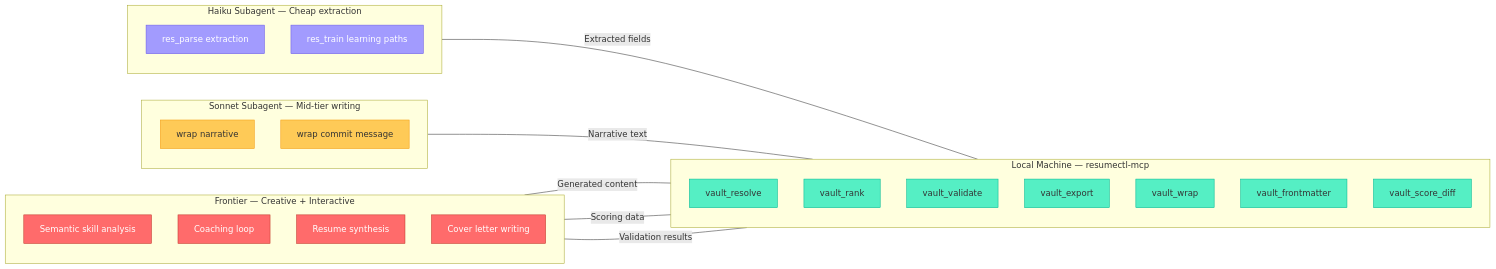
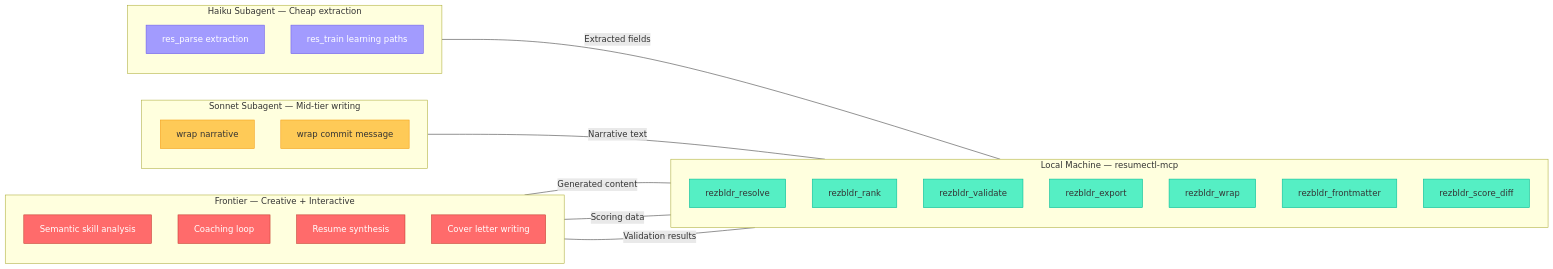
One commit to suykerbuyk/rezbldr changed the fourth of 4 diagrams in doc/workflow-optimization.md. Above: the diagram before and after it, drawn with Mermaid. The commit also changed other lines of this file and 11 other files, not shown here.

````diff
--- a/doc/workflow-optimization.md
+++ b/doc/workflow-optimization.md
@@ -545,49 +545,49 @@
 ```mermaid
 flowchart LR
     subgraph LOCAL["Local Machine — resumectl-mcp"]
         direction TB
-        VR[vault_resolve]
-        VK[vault_rank]
-        VV[vault_validate]
-        VE[vault_export]
-        VW[vault_wrap]
-        VF[vault_frontmatter]
-        VS[vault_score_diff]
+        VR[rezbldr_resolve]
+        VK[rezbldr_rank]
+        VV[rezbldr_validate]
+        VE[rezbldr_export]
+        VW[rezbldr_wrap]
+        VF[rezbldr_frontmatter]
+        VS[rezbldr_score_diff]
     end
 
     subgraph HAIKU["Haiku Subagent — Cheap extraction"]
         direction TB
         RP[res_parse extraction]
         RT[res_train learning paths]
     end
 
     subgraph SONNET["Sonnet Subagent — Mid-tier writing"]
         direction TB
         WN[wrap narrative]
         WC[wrap commit message]
     end
 
     subgraph OPUS["Frontier — Creative + Interactive"]
         direction TB
         SA[Semantic skill analysis]
         CL[Coaching loop]
         RS[Resume synthesis]
         CW[Cover letter writing]
     end
 
     LOCAL ---|"Scoring data"| OPUS
     LOCAL ---|"Validation results"| OPUS
     HAIKU ---|"Extracted fields"| LOCAL
     SONNET ---|"Narrative text"| LOCAL
     OPUS ---|"Generated content"| LOCAL
 
     classDef local fill:#55efc4,stroke:#00b894,color:#333
     classDef haiku fill:#a29bfe,stroke:#6c5ce7,color:#fff
     classDef sonnet fill:#feca57,stroke:#f39c12,color:#333
     classDef opus fill:#ff6b6b,stroke:#c0392b,color:#fff
 
     class VR,VK,VV,VE,VW,VF,VS local
     class RP,RT haiku
     class WN,WC sonnet
     class SA,CL,RS,CW opus
 ```
````
